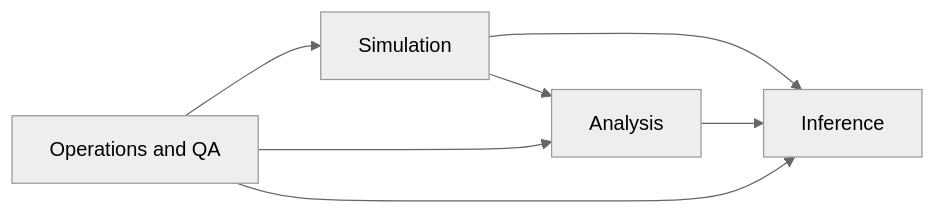
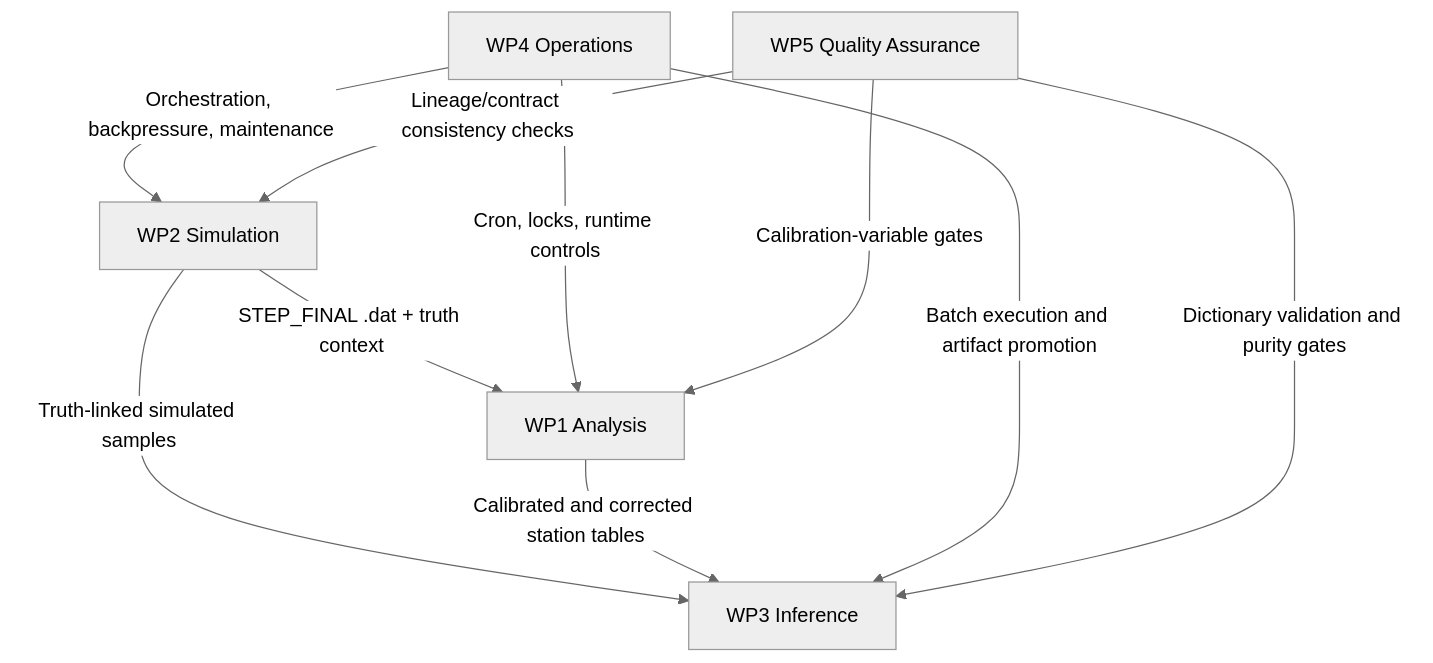
One commit to csoneira/DATAFLOW_v3 changed the diagram in DOCUMENTATION/docs/project/work-packages.md. Above: the diagram before and after it, drawn with Mermaid (neutral theme). The commit also changed other lines of this file and 12 other files, not shown here.

````diff
--- a/DOCUMENTATION/docs/project/work-packages.md
+++ b/DOCUMENTATION/docs/project/work-packages.md
@@ -25,9 +25,20 @@
 ```mermaid
-flowchart LR
-    WP2[Simulation] --> WP1[Analysis]
-    WP2 --> WP3[Inference]
-    WP1 --> WP3
-    WP4[Operations and QA] --> WP1
-    WP4 --> WP2
-    WP4 --> WP3
+flowchart TB
+    WP2[WP2 Simulation]
+    WP1[WP1 Analysis]
+    WP3[WP3 Inference]
+    WP4[WP4 Operations]
+    WP5[WP5 Quality Assurance]
+
+    WP2 -->|STEP_FINAL .dat + truth context| WP1
+    WP2 -->|Truth-linked simulated samples| WP3
+    WP1 -->|Calibrated and corrected station tables| WP3
+
+    WP4 -->|Cron, locks, runtime controls| WP1
+    WP4 -->|Orchestration, backpressure, maintenance| WP2
+    WP4 -->|Batch execution and artifact promotion| WP3
+
+    WP5 -->|Calibration-variable gates| WP1
+    WP5 -->|Dictionary validation and purity gates| WP3
+    WP5 -->|Lineage/contract consistency checks| WP2
 ```
````
